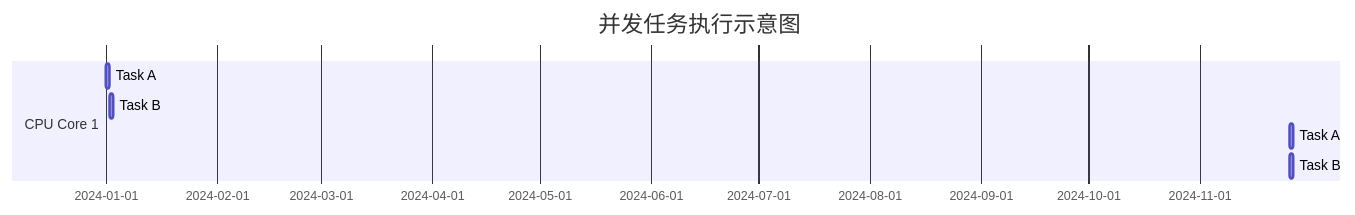
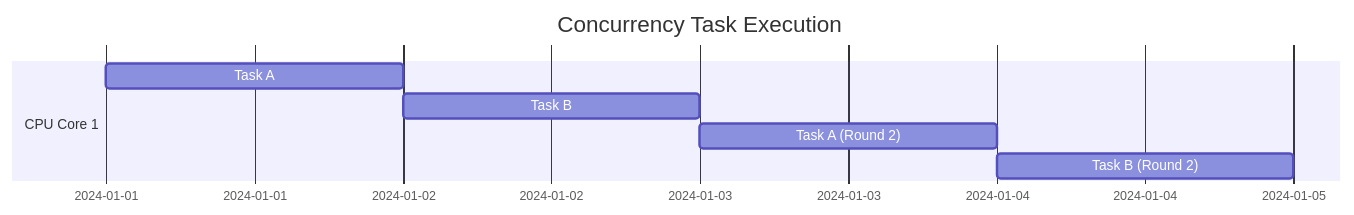
The first of 3 diagrams in System Design/并发 vs 并行.md (uwspstar/20-Day-Challenge-List), drawn with Mermaid before and after one commit.

Commit message:
Update 并发 vs 并行.md

````diff
--- a/System Design/并发 vs 并行.md
+++ b/System Design/并发 vs 并行.md
@@ -40,10 +40,10 @@
 ```mermaid
 gantt
-    title 并发任务执行示意图
+    title Concurrency Task Execution
     dateFormat  YYYY-MM-DD
     section CPU Core 1
     Task A           :a1, 2024-01-01, 1d
-    Task B           :after a1, 1d
-    Task A           :after a2, 1d
-    Task B           :after a3, 1d
+    Task B           :b1, after a1, 1d
+    Task A (Round 2) :a2, after b1, 1d
+    Task B (Round 2) :b2, after a2, 1d
 ```
````
